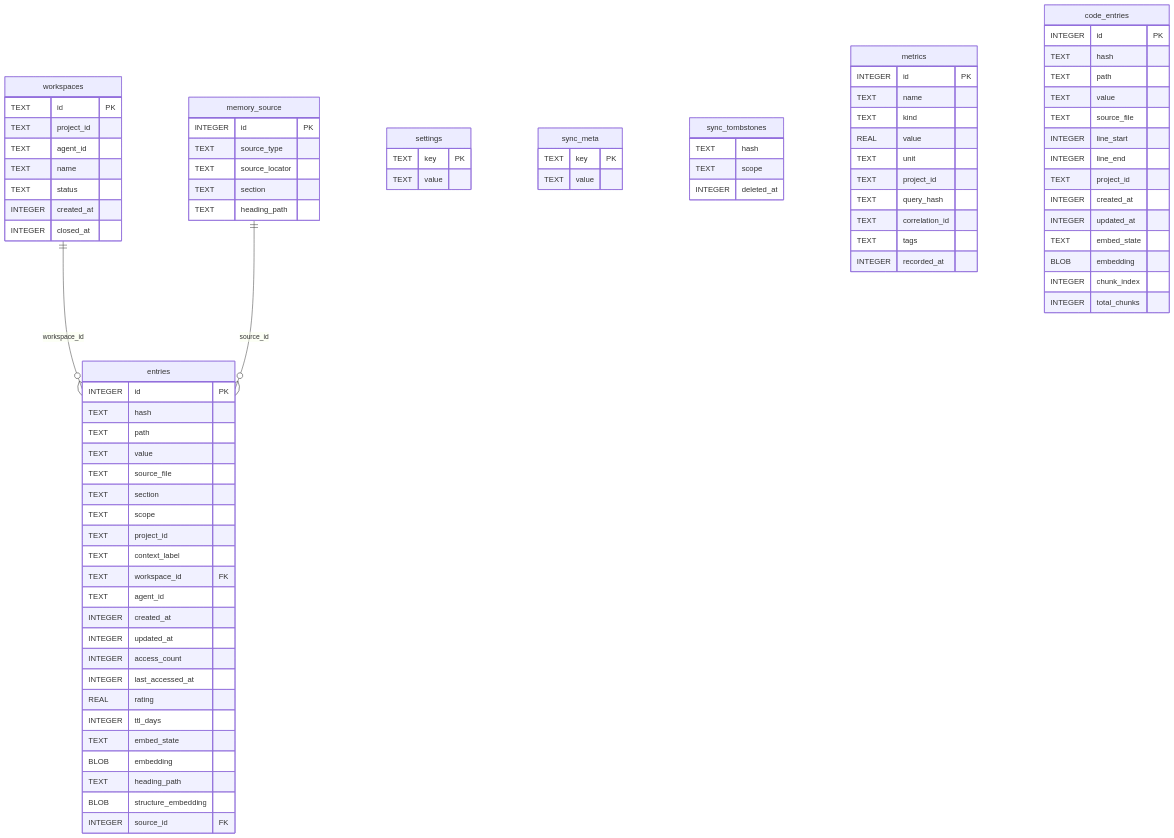
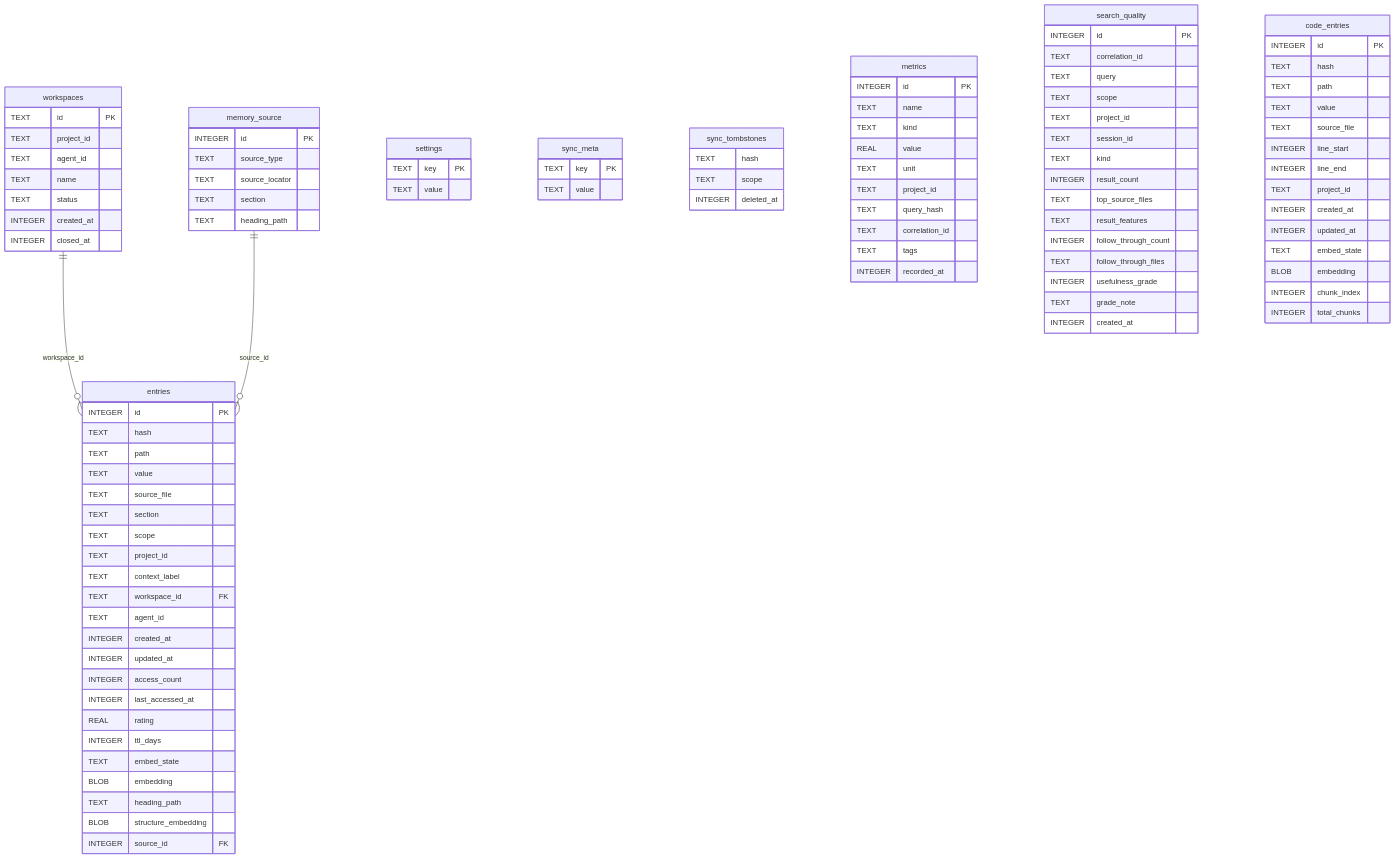
One commit to Arasz/ai-raccoon changed the first of 7 diagrams in docs/explanation/architecture.md. Above: the diagram before and after it, drawn with Mermaid. The commit also changed other lines of this file and 5 other files, not shown here.

```diff
--- a/docs/explanation/architecture.md
+++ b/docs/explanation/architecture.md
@@ -87,6 +87,24 @@
         INTEGER recorded_at
     }
 
+    search_quality {
+        INTEGER id PK
+        TEXT correlation_id
+        TEXT query
+        TEXT scope
+        TEXT project_id
+        TEXT session_id
+        TEXT kind
+        INTEGER result_count
+        TEXT top_source_files
+        TEXT result_features
+        INTEGER follow_through_count
+        TEXT follow_through_files
+        INTEGER usefulness_grade
+        TEXT grade_note
+        INTEGER created_at
+    }
+
     code_entries {
         INTEGER id PK
         TEXT hash
```
